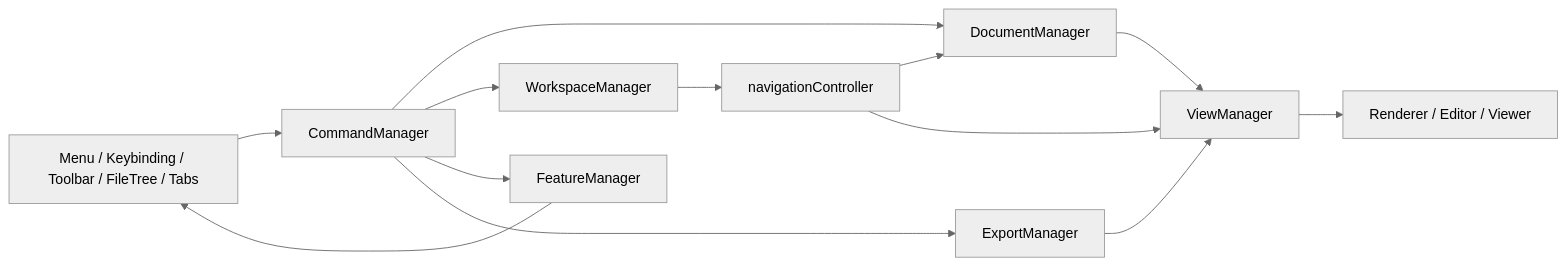
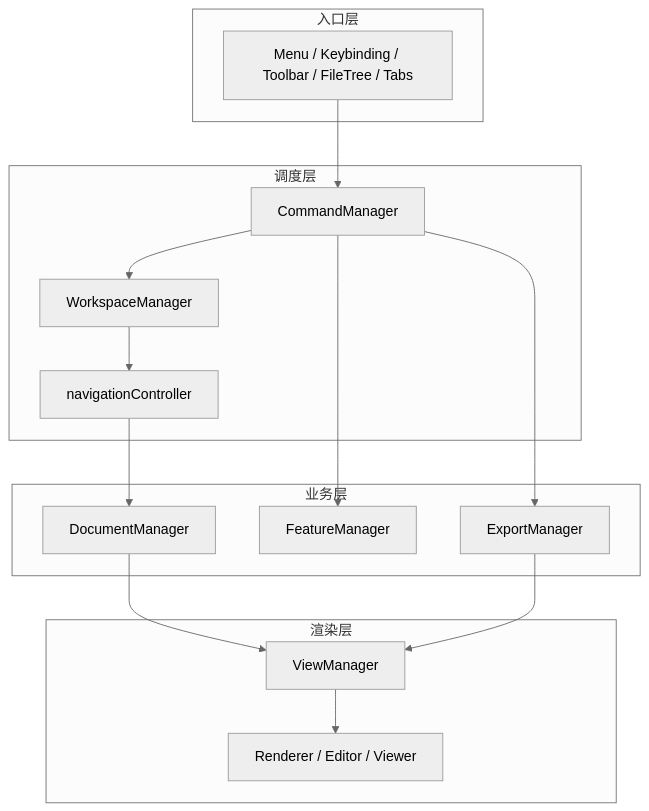
One commit to ywleeo/mark2 changed the diagram in docs/ARCHITECTURE.md. Above: the diagram before and after it, drawn with Mermaid (neutral theme). The commit also changed 2 other files, not shown here.

Commit message:
feat: 美化流程图渲染，重构架构图为分层结构
- 流程图自动按 subgraph 分配配色（边框+节点+文字同色系）
- 节点按位置匹配到最近 cluster，用 style 覆盖 inline fill
- cluster label 自动移到左上角避免与连线重叠
- 架构图改为 TB 分层布局（入口→调度→业务→渲染）
- 连线改用 basis 曲线，节点圆角加大，微阴影

````diff
--- a/docs/ARCHITECTURE.md
+++ b/docs/ARCHITECTURE.md
@@ -40,15 +40,33 @@
 ```mermaid
-flowchart LR
-    UI["Menu / Keybinding / Toolbar / FileTree / Tabs"] --> CMD["CommandManager"]
-    CMD --> DOC["DocumentManager"]
-    CMD --> WS["WorkspaceManager"]
-    CMD --> FEAT["FeatureManager"]
-    CMD --> EXP["ExportManager"]
-    DOC --> VIEW["ViewManager"]
-    WS --> NAV["navigationController"]
+flowchart TB
+    subgraph Input ["入口层"]
+        UI["Menu / Keybinding / Toolbar / FileTree / Tabs"]
+    end
+
+    subgraph Core ["调度层"]
+        CMD["CommandManager"]
+        WS["WorkspaceManager"]
+        NAV["navigationController"]
+    end
+
+    subgraph Domain ["业务层"]
+        DOC["DocumentManager"]
+        FEAT["FeatureManager"]
+        EXP["ExportManager"]
+    end
+
+    subgraph Output ["渲染层"]
+        VIEW["ViewManager"]
+        RENDER["Renderer / Editor / Viewer"]
+    end
+
+    UI --> CMD
+    CMD --> WS
+    CMD --> FEAT
+    CMD --> EXP
+    WS --> NAV
     NAV --> DOC
-    NAV --> VIEW
-    VIEW --> RENDER["Renderer / Editor / Viewer"]
-    FEAT --> UI
+    DOC --> VIEW
     EXP --> VIEW
+    VIEW --> RENDER
 ```
````
